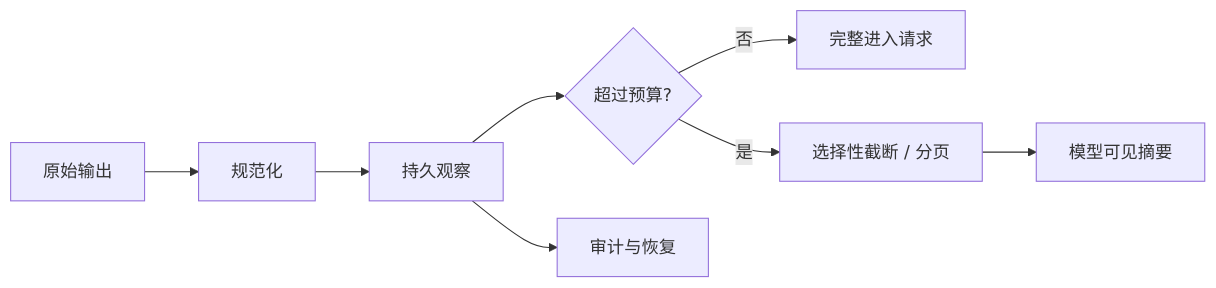
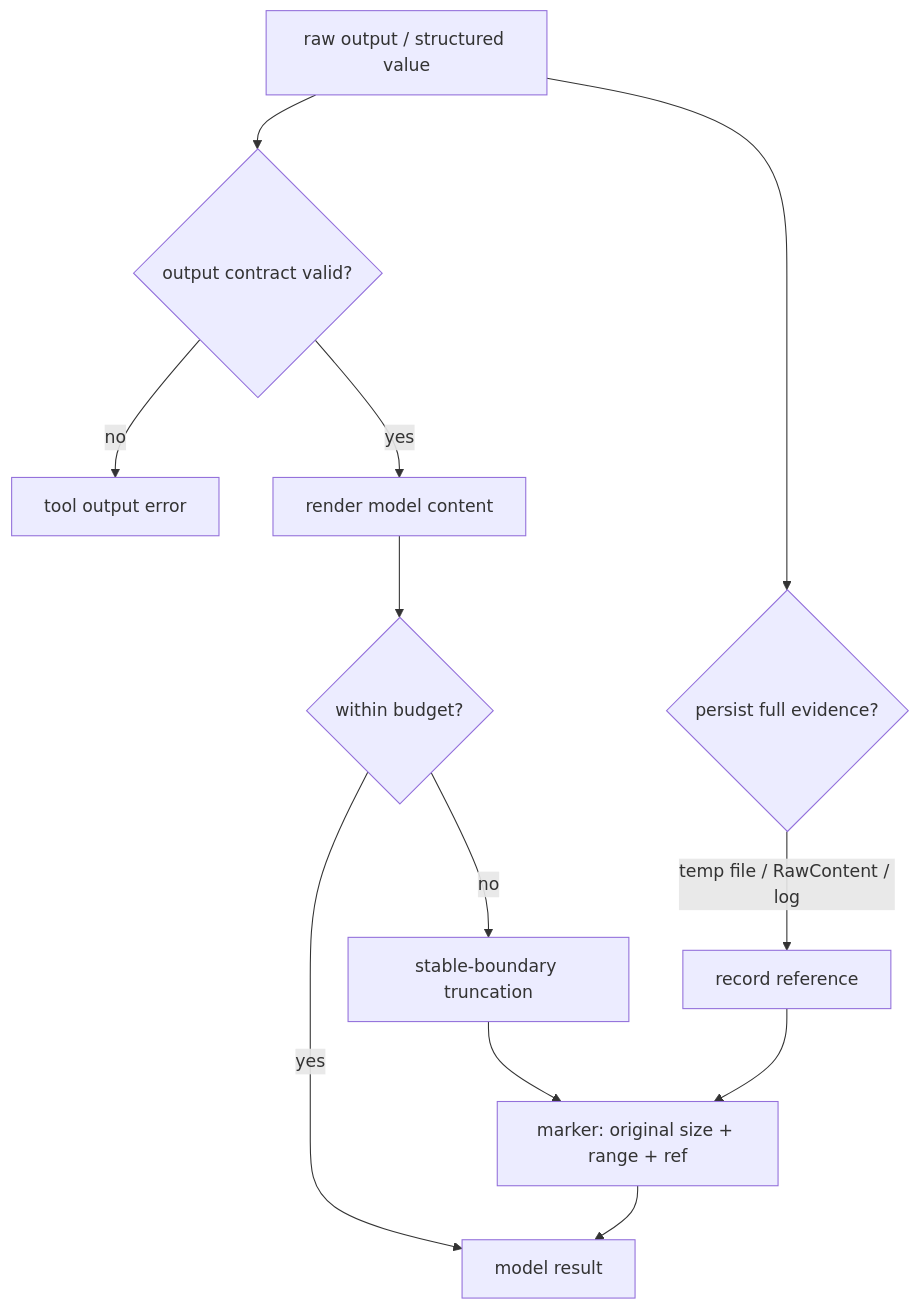
One commit to xiaoslin9153/awesome-agent-harness-tutorial changed the first of 2 diagrams in tutorial/zh-CN/02-harness-mechanics/tool-results.md. Above: the diagram before and after it, drawn with Mermaid. The commit also changed other lines of this file and 3 other files, not shown here.

````diff
--- a/tutorial/zh-CN/02-harness-mechanics/tool-results.md
+++ b/tutorial/zh-CN/02-harness-mechanics/tool-results.md
@@ -34,10 +55,14 @@
 ```mermaid
-flowchart LR
-  R[原始输出] --> N[规范化]
-  N --> O[持久观察]
-  O --> S{超过预算?}
-  S -- 否 --> P[完整进入请求]
-  S -- 是 --> T[选择性截断 / 分页]
-  T --> Q[模型可见摘要]
-  O --> A[审计与恢复]
+flowchart TD
+  A[raw output / structured value] --> B{persist full evidence?}
+  B -- temp file / RawContent / log --> C[record reference]
+  A --> D{output contract valid?}
+  D -- no --> E[tool output error]
+  D -- yes --> F[render model content]
+  F --> G{within budget?}
+  G -- yes --> H[model result]
+  G -- no --> I[stable-boundary truncation]
+  I --> J[marker: original size + range + ref]
+  C --> J
+  J --> H
 ```
````
